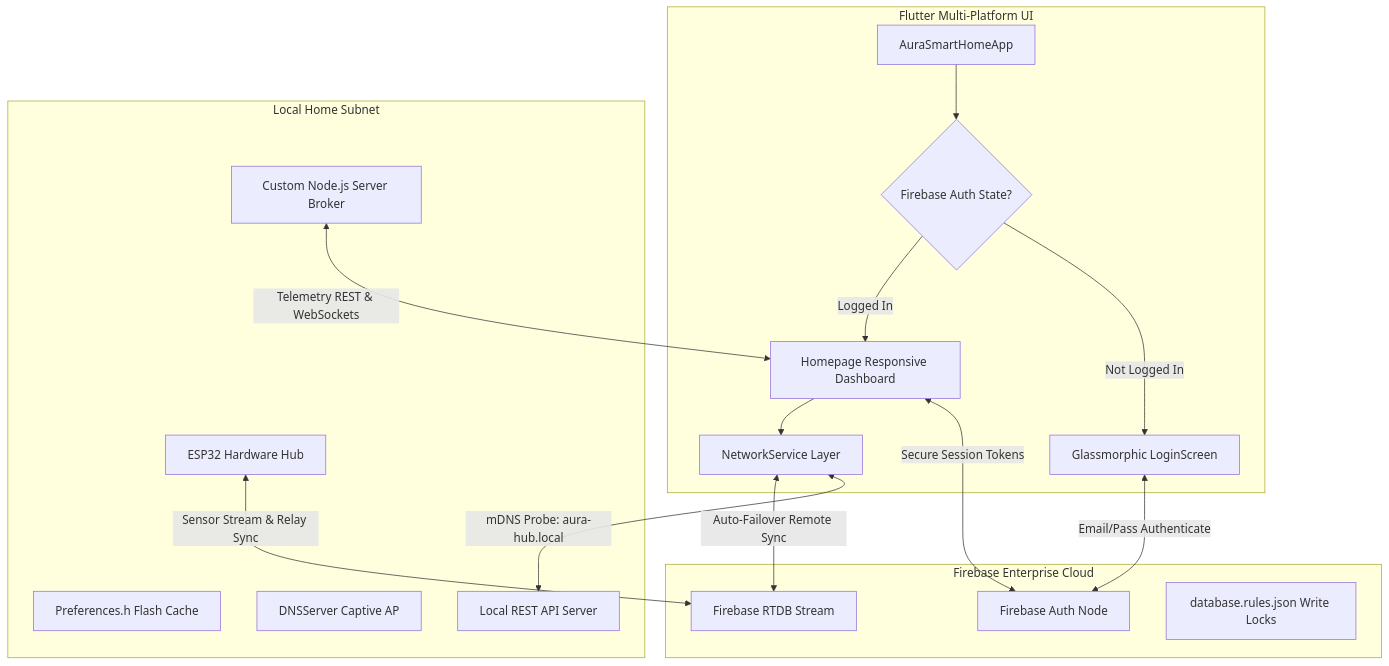
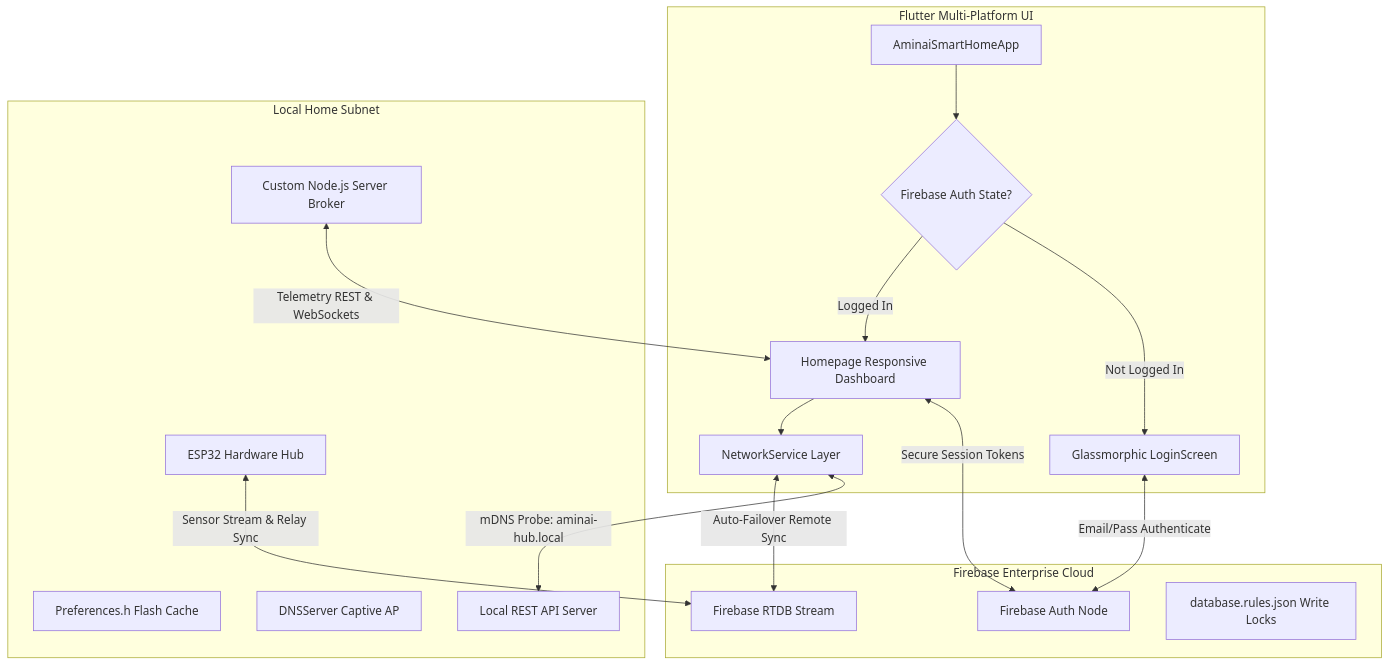
The diagram in README.md (AlajeBash/smart_home_project), drawn with Mermaid before and after one commit. The commit also changed other lines of this file and 6 other files, not shown here.

Commit message:
rebrand: Rename Aura Smart Home to Aminai Smart Home and fix Colors.black85 compilation error

````diff
--- a/README.md
+++ b/README.md
@@ -19,30 +19,30 @@
 ```mermaid
 flowchart TD
     subgraph Frontend [Flutter Multi-Platform UI]
-        A[AuraSmartHomeApp] --> B{Firebase Auth State?}
+        A[AminaiSmartHomeApp] --> B{Firebase Auth State?}
         B -- Logged In --> C[Homepage Responsive Dashboard]
         B -- Not Logged In --> D[Glassmorphic LoginScreen]
         C --> E[NetworkService Layer]
     end
 
     subgraph Cloud [Firebase Enterprise Cloud]
         F[Firebase Auth Node]
         G[Firebase RTDB Stream]
         H[database.rules.json Write Locks]
     end
 
     subgraph Local [Local Home Subnet]
         I[ESP32 Hardware Hub]
         J[Preferences.h Flash Cache]
         K[DNSServer Captive AP]
         L[Local REST API Server]
         M[Custom Node.js Server Broker]
     end
 
     D <-->|Email/Pass Authenticate| F
     E <-->|Auto-Failover Remote Sync| G
     C <-->|Secure Session Tokens| F
-    E <-->|mDNS Probe: aura-hub.local| L
+    E <-->|mDNS Probe: aminai-hub.local| L
     I <-->|Sensor Stream & Relay Sync| G
     M <-->|Telemetry REST & WebSockets| C
 ```
````
